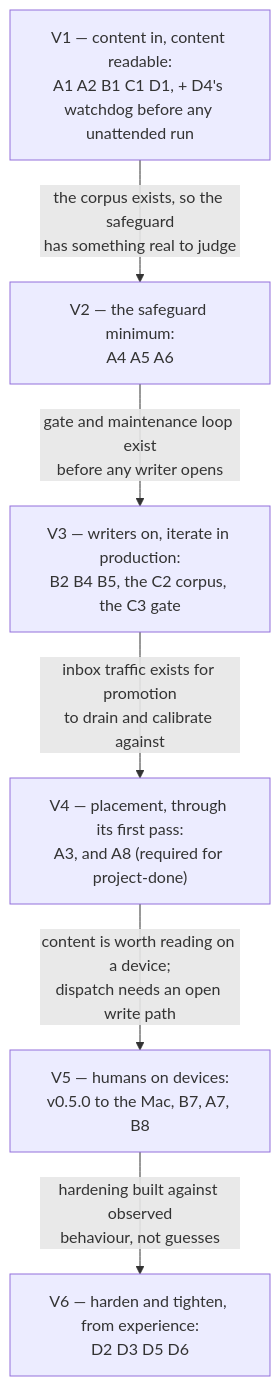
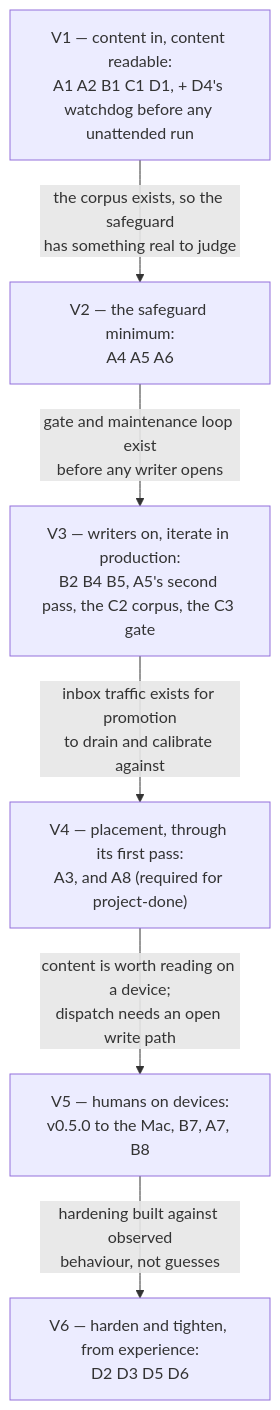
Before and after one commit to ppat/obsidian-tools: the diagram in ROADMAP.md, drawn with Mermaid. The commit also changed other lines of this file and 13 other files, not shown here.

````diff
--- a/ROADMAP.md
+++ b/ROADMAP.md
@@ -121,14 +121,14 @@
 ```mermaid
 flowchart TB
     V1n["V1 — content in, content readable:<br/>A1 A2 B1 C1 D1, + D4's watchdog before any unattended run"]
     V2n["V2 — the safeguard minimum:<br/>A4 A5 A6"]
-    V3n["V3 — writers on, iterate in production:<br/>B2 B4 B5, the C2 corpus, the C3 gate"]
+    V3n["V3 — writers on, iterate in production:<br/>B2 B4 B5, A5's second pass, the C2 corpus, the C3 gate"]
     V4n["V4 — placement, through its first pass:<br/>A3, and A8 (required for project-done)"]
     V5n["V5 — humans on devices:<br/>v0.5.0 to the Mac, B7, A7, B8"]
     V6n["V6 — harden and tighten, from experience:<br/>D2 D3 D5 D6"]
     V1n -->|"the corpus exists, so the safeguard<br/>has something real to judge"| V2n
     V2n -->|"gate and maintenance loop exist<br/>before any writer opens"| V3n
     V3n -->|"inbox traffic exists for promotion<br/>to drain and calibrate against"| V4n
     V4n -->|"content is worth reading on a device;<br/>dispatch needs an open write path"| V5n
     V5n -->|"hardening built against observed<br/>behaviour, not guesses"| V6n
 ```
````
